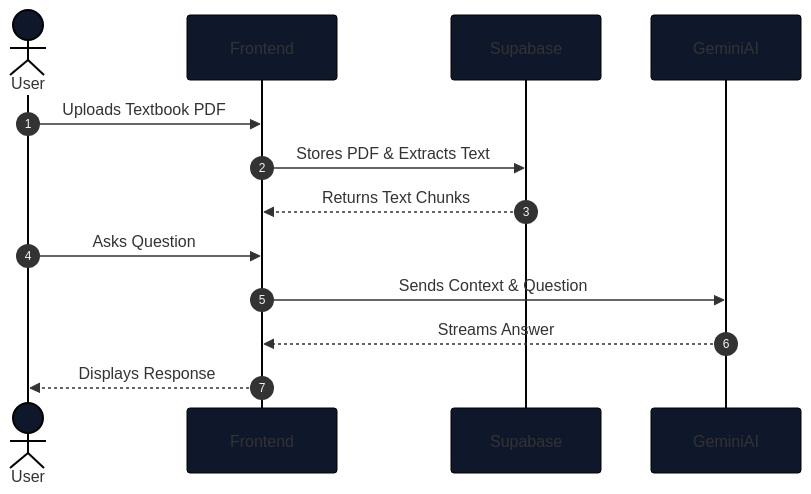
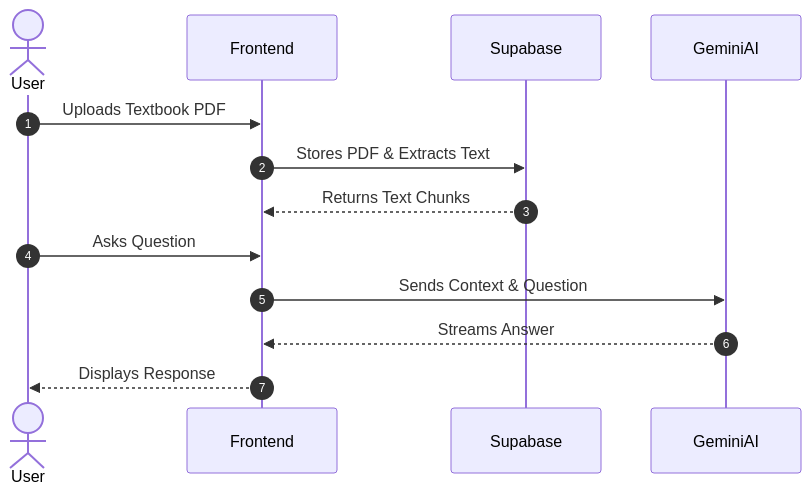
One commit to divyanshus2404/BlueBottleCap-Saas changed the second of 4 diagrams in README.md. Above: the diagram before and after it, drawn with Mermaid.

Commit message:
style: remove custom theme from sequence diagram to restore native GitHub high-contrast styling

````diff
--- a/README.md
+++ b/README.md
@@ -52,17 +52,16 @@
 ```mermaid
-%%{init: {"theme": "base", "themeVariables": {"primaryColor": "#0f172a", "edgeLabelBackground": "#1e293b", "tertiaryColor": "#1e293b"}}}%%
 sequenceDiagram
     autonumber
     actor User
     participant Frontend
     participant Supabase
     participant GeminiAI
     
     User->>Frontend: Uploads Textbook PDF
     Frontend->>Supabase: Stores PDF & Extracts Text
     Supabase-->>Frontend: Returns Text Chunks
     User->>Frontend: Asks Question
     Frontend->>GeminiAI: Sends Context & Question
     GeminiAI-->>Frontend: Streams Answer
     Frontend-->>User: Displays Response
 ```
````
